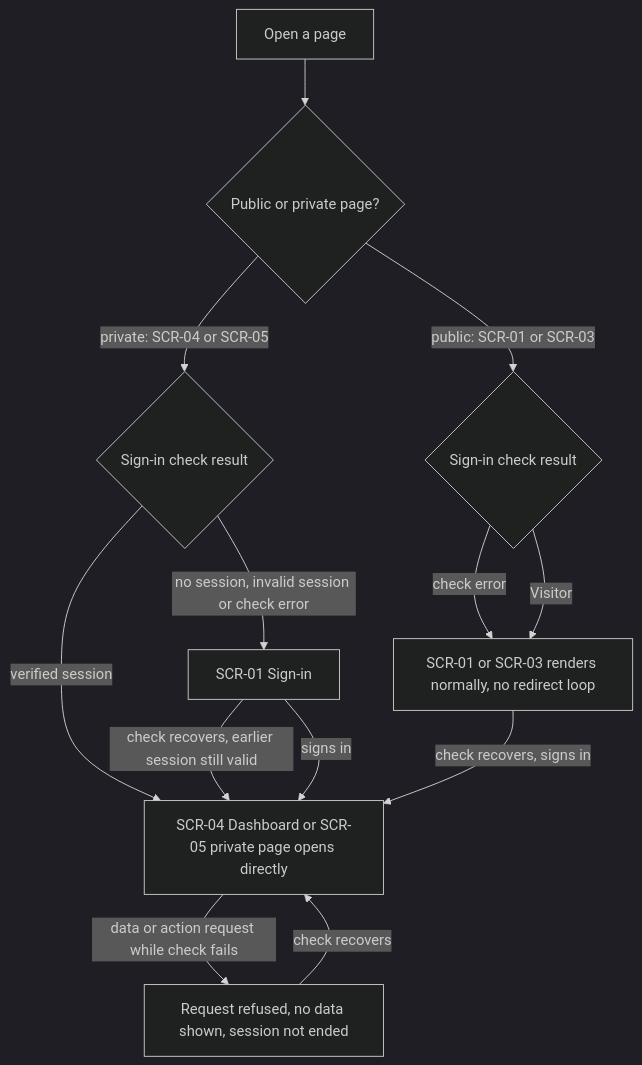
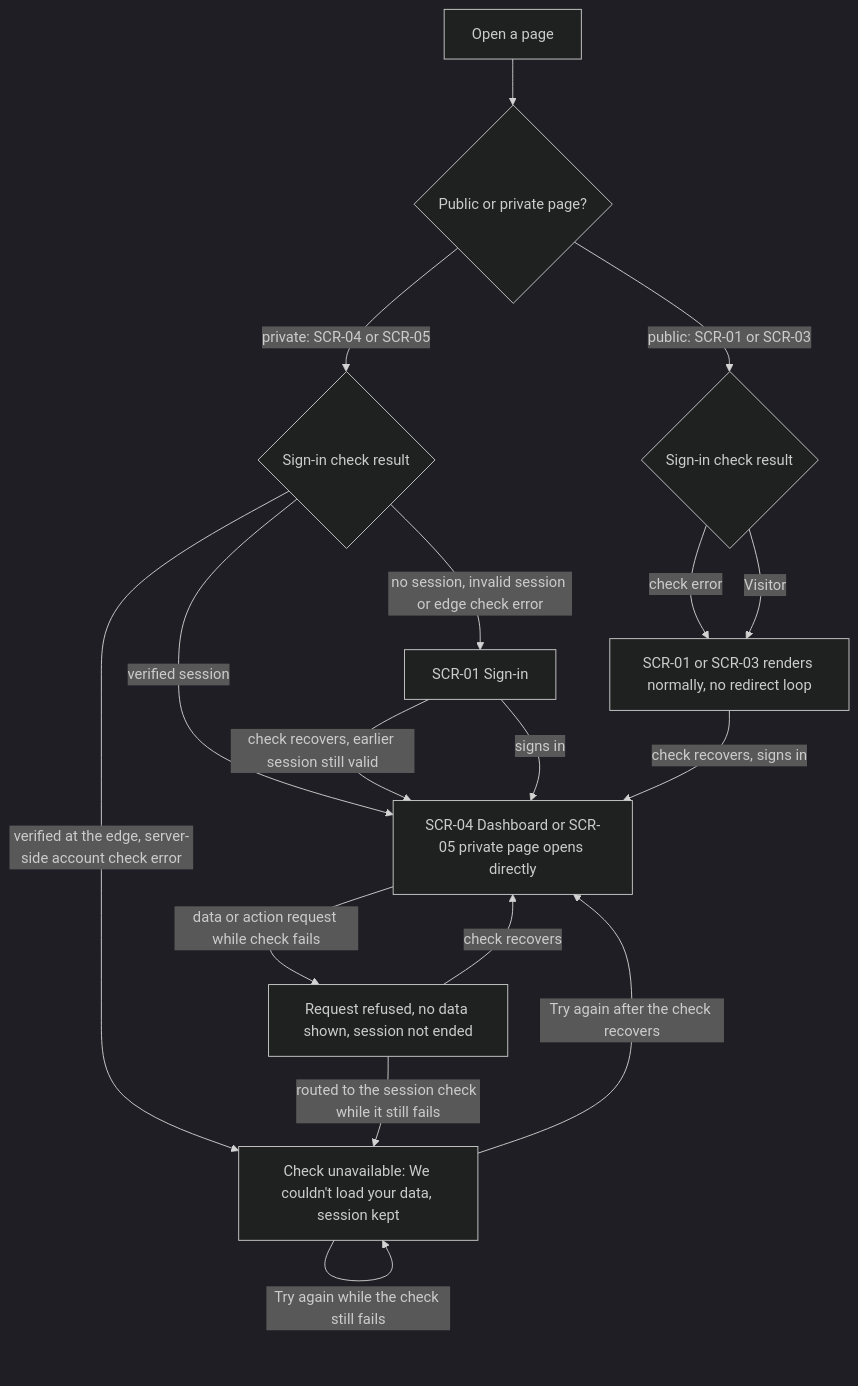
One commit to GopkoDev/invoiceForge changed the first of 6 diagrams in docs/features/security-patch/ux-flows.md. Above: the diagram before and after it, drawn with Mermaid (dark theme). The commit also changed other lines of this file and 12 other files, not shown here.

First line of the commit message:
fix(security-patch): serve a designed check-unavailable page from clear-session

````diff
--- a/docs/features/security-patch/ux-flows.md
+++ b/docs/features/security-patch/ux-flows.md
@@ -50,15 +50,19 @@
 ```mermaid
 flowchart TD
     A0["Open a page"] --> A1{"Public or private page?"}
     A1 -->|private: SCR-04 or SCR-05| A2{"Sign-in check result"}
     A2 -->|verified session| A3["SCR-04 Dashboard or SCR-05 private page opens directly"]
-    A2 -->|no session, invalid session or check error| A4["SCR-01 Sign-in"]
+    A2 -->|no session, invalid session or edge check error| A4["SCR-01 Sign-in"]
+    A2 -->|verified at the edge, server-side account check error| A8["Check unavailable: We couldn't load your data, session kept"]
+    A8 -->|Try again after the check recovers| A3
+    A8 -->|Try again while the check still fails| A8
     A4 -->|check recovers, earlier session still valid| A3
     A4 -->|signs in| A3
     A1 -->|public: SCR-01 or SCR-03| A5{"Sign-in check result"}
     A5 -->|check error| A6["SCR-01 or SCR-03 renders normally, no redirect loop"]
     A6 -->|check recovers, signs in| A3
     A5 -->|Visitor| A6
     A3 -->|data or action request while check fails| A7["Request refused, no data shown, session not ended"]
+    A7 -->|routed to the session check while it still fails| A8
     A7 -->|check recovers| A3
 ```
````
